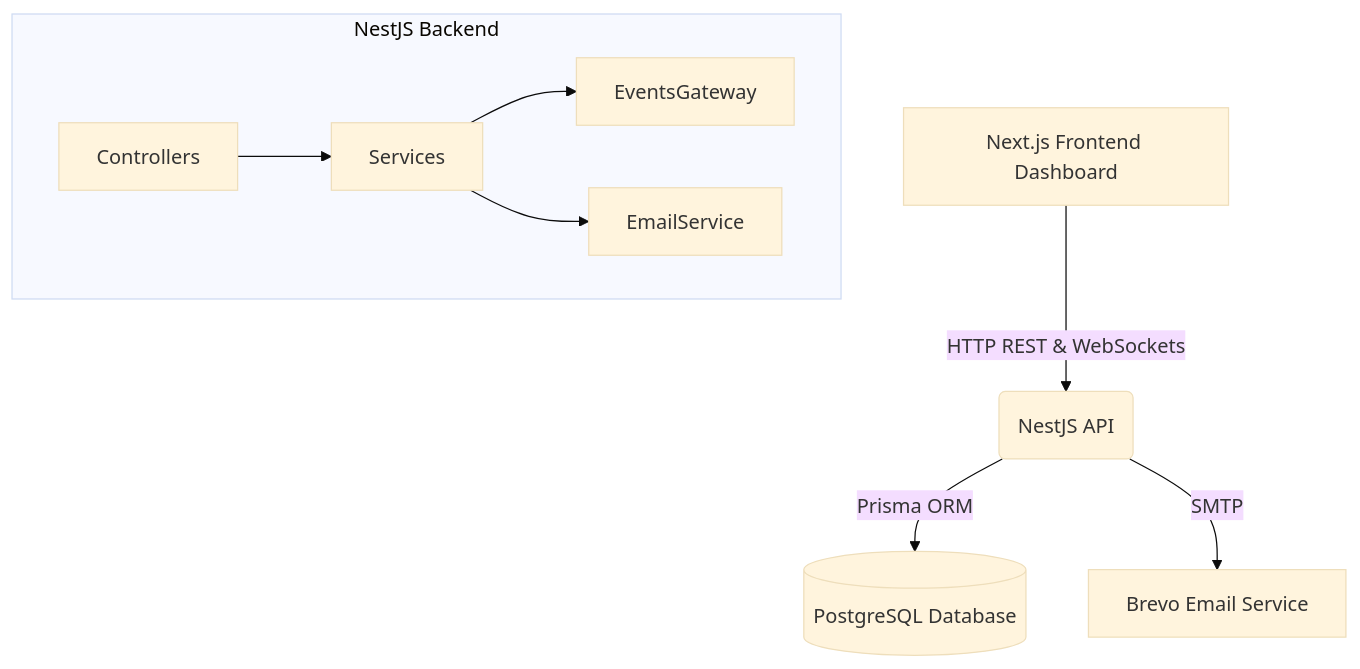
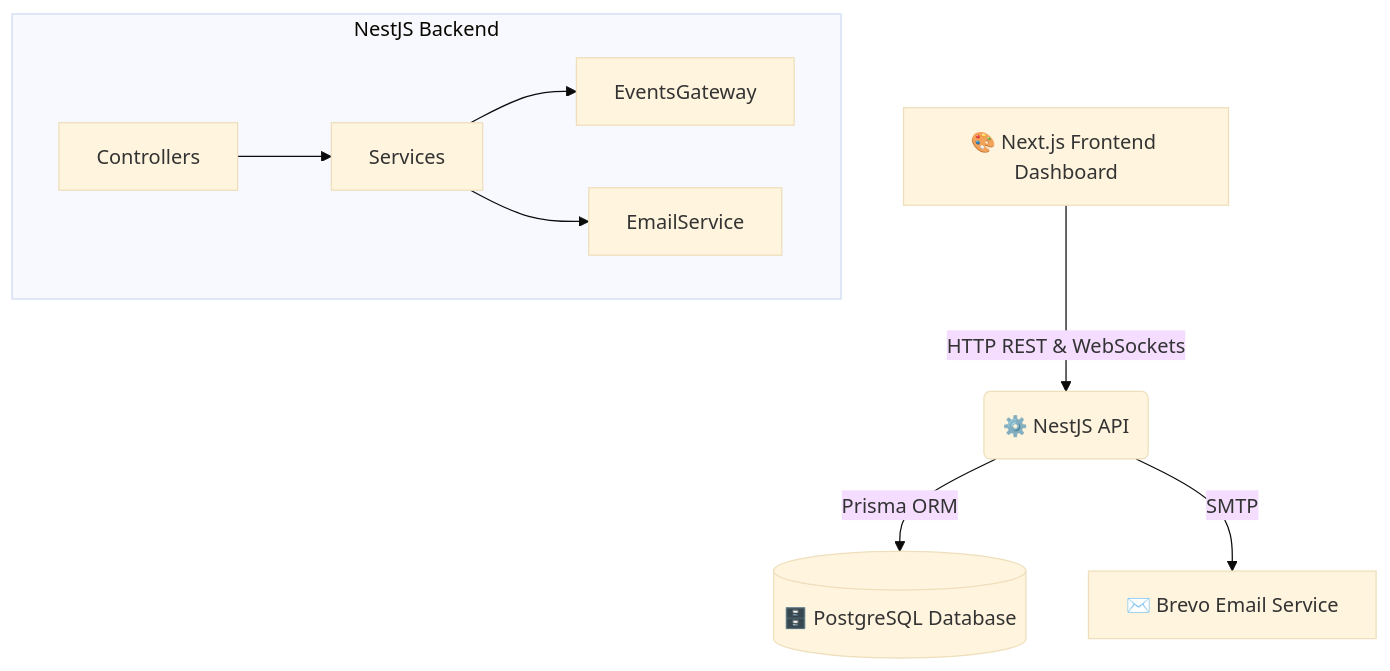
Before and after one commit to Aash1B/IM: the diagram in README.md, drawn with Mermaid (base theme). The commit also changed other lines of this file, not shown here.

````diff
--- a/README.md
+++ b/README.md
@@ -58,12 +100,12 @@
 ```mermaid
 graph TD
-    A[Next.js Frontend Dashboard] -->|HTTP REST & WebSockets| B(NestJS API)
-    B -->|Prisma ORM| C[(PostgreSQL Database)]
-    B -->|SMTP| D[Brevo Email Service]
-    
+    A[🎨 Next.js Frontend Dashboard] -->|HTTP REST & WebSockets| B(⚙️ NestJS API)
+    B -->|Prisma ORM| C[(🗄️ PostgreSQL Database)]
+    B -->|SMTP| D[✉️ Brevo Email Service]
+
     subgraph NestJS Backend
     E[Controllers] --> F[Services]
     F --> G[EventsGateway]
     F --> H[EmailService]
     end
 ```
````
